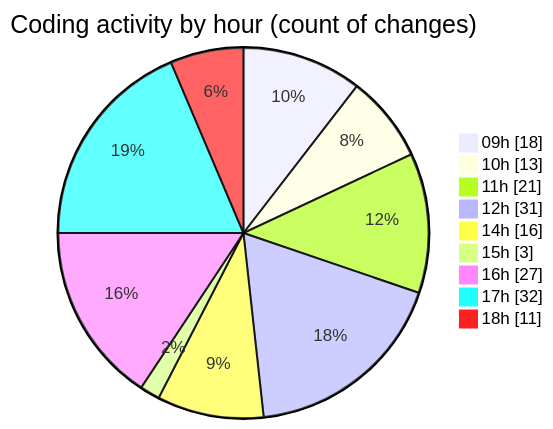
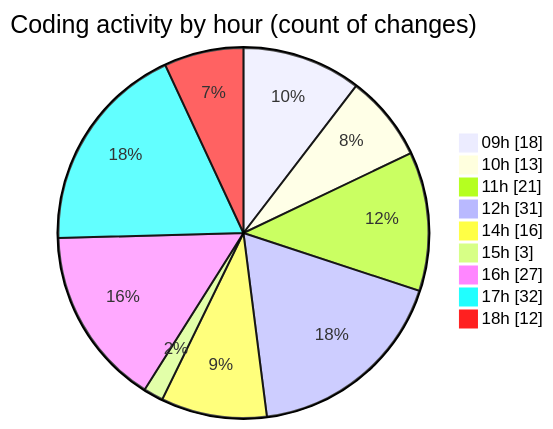
The second of 2 diagrams in 2026-08-12/cda/README.md (momahboobian/code-tracking), drawn with Mermaid before and after one commit. The commit also changed other lines of this file and 1 other file, not shown here.

````diff
--- a/2026-08-12/cda/README.md
+++ b/2026-08-12/cda/README.md
@@ -76,13 +76,13 @@
 ```mermaid
 pie showData
 title Coding activity by hour (count of changes)
 "09h" : 18
 "10h" : 13
 "11h" : 21
 "12h" : 31
 "14h" : 16
 "15h" : 3
 "16h" : 27
 "17h" : 32
-"18h" : 11
+"18h" : 12
 ```
````
